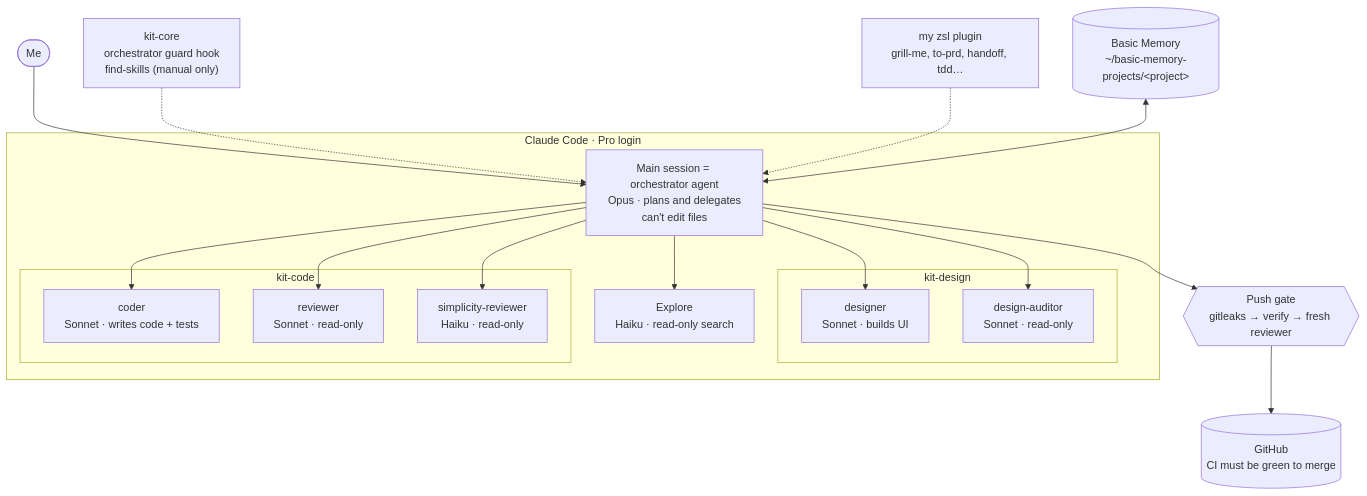
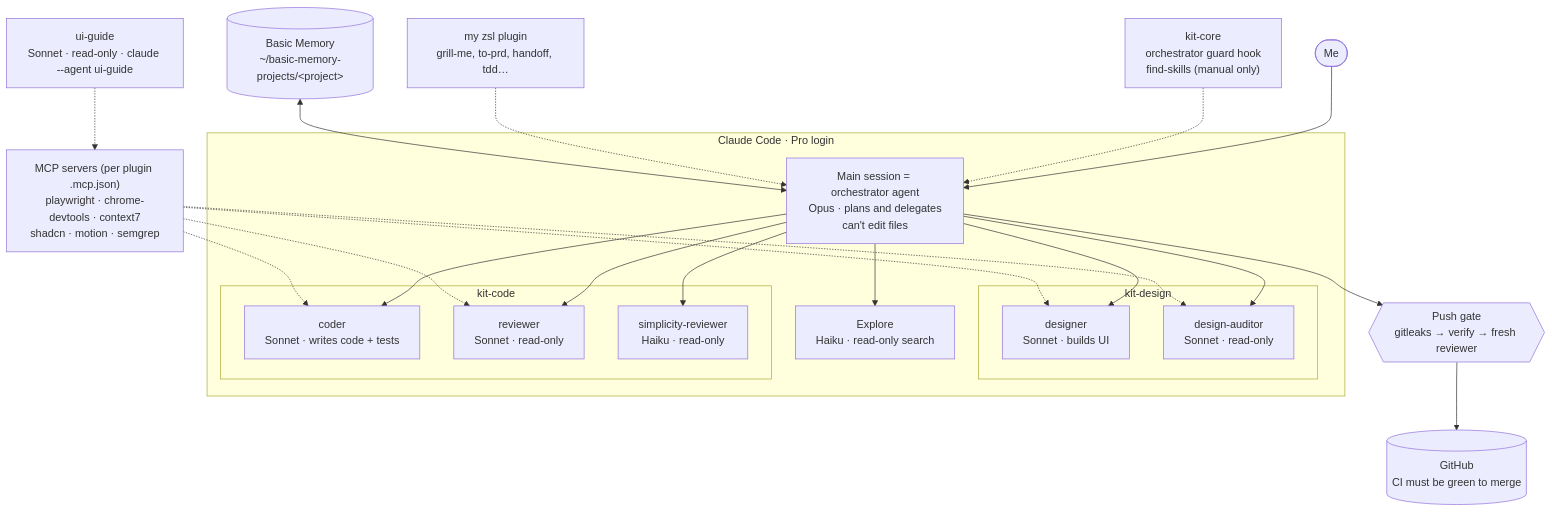
The first of 6 diagrams in README.md (milosanokklis-debug/new_ai_setup), drawn with Mermaid before and after one commit. The commit also changed other lines of this file and 22 other files, not shown here.

First line of the commit message:
agent-kit 0.4.0: MCP servers, LSP, design skills, ui-guide, skill vetting

````diff
--- a/README.md
+++ b/README.md
@@ -16,28 +16,31 @@
 ```mermaid
 flowchart TB
     me([Me]) --> main
 
     subgraph CC["Claude Code · Pro login"]
         main["Main session = orchestrator agent<br/>Opus · plans and delegates<br/>can't edit files"]
 
         subgraph design["kit-design"]
             designer["designer<br/>Sonnet · builds UI"]
             auditor["design-auditor<br/>Sonnet · read-only"]
         end
 
         subgraph code["kit-code"]
             coder["coder<br/>Sonnet · writes code + tests"]
             reviewer["reviewer<br/>Sonnet · read-only"]
             simple["simplicity-reviewer<br/>Haiku · read-only"]
         end
 
         explore["Explore<br/>Haiku · read-only search"]
         main --> designer & auditor & coder & reviewer & simple & explore
     end
 
+    mcp["MCP servers (per plugin .mcp.json)<br/>playwright · chrome-devtools · context7<br/>shadcn · motion · semgrep"] -.-> designer & auditor & coder & reviewer
+    guide["ui-guide<br/>Sonnet · read-only · claude --agent ui-guide"] -.-> mcp
+
     core["kit-core<br/>orchestrator guard hook<br/>find-skills (manual only)"] -.-> main
     zsl["my zsl plugin<br/>grill-me, to-prd, handoff, tdd…"] -.-> main
     bm[("Basic Memory<br/>~/basic-memory-projects/&lt;project&gt;")] <--> main
     main --> gate{{"Push gate<br/>gitleaks → verify → fresh reviewer"}}
     gate --> gh[("GitHub<br/>CI must be green to merge")]
 ```
````
